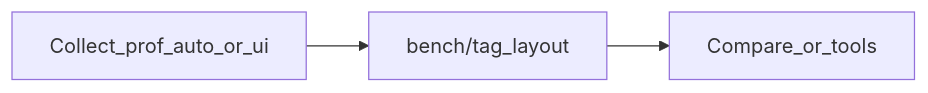
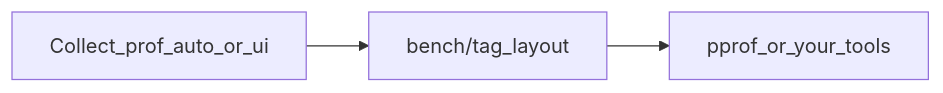
The diagram in prof_web_doc/docs/index.md (AlexsanderHamir/prof), drawn with Mermaid before and after one commit. The commit also changed other lines of this file and 13 other files, not shown here.

First line of the commit message:
docs: remove compare, track, and tools documentation

````diff
--- a/prof_web_doc/docs/index.md
+++ b/prof_web_doc/docs/index.md
@@ -25,8 +22,8 @@
 ```mermaid
 flowchart LR
   collect[Collect_prof_auto_or_ui]
   bench["bench/tag_layout"]
-  analyze[Compare_or_tools]
+  analyze[pprof_or_your_tools]
   collect --> bench
   bench --> analyze
 ```
````
